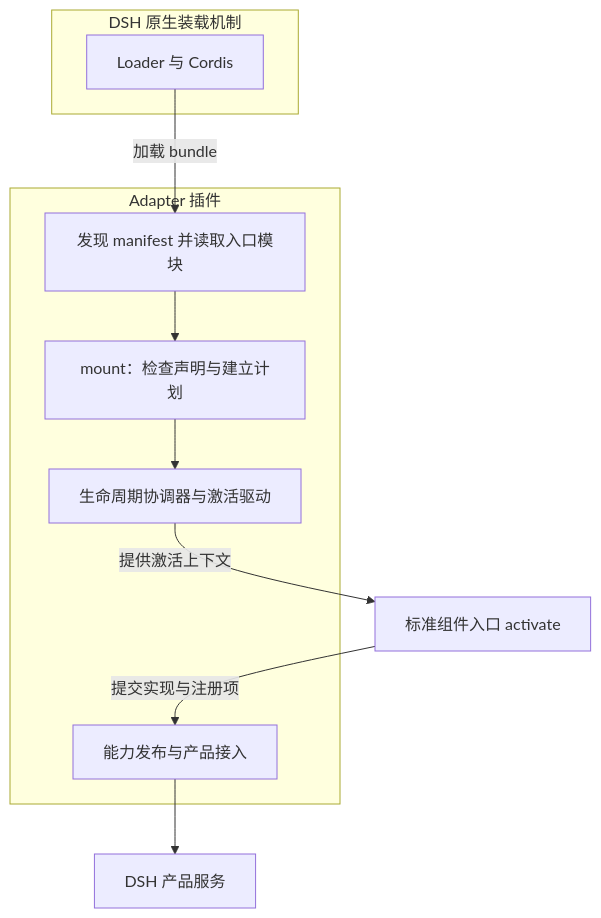
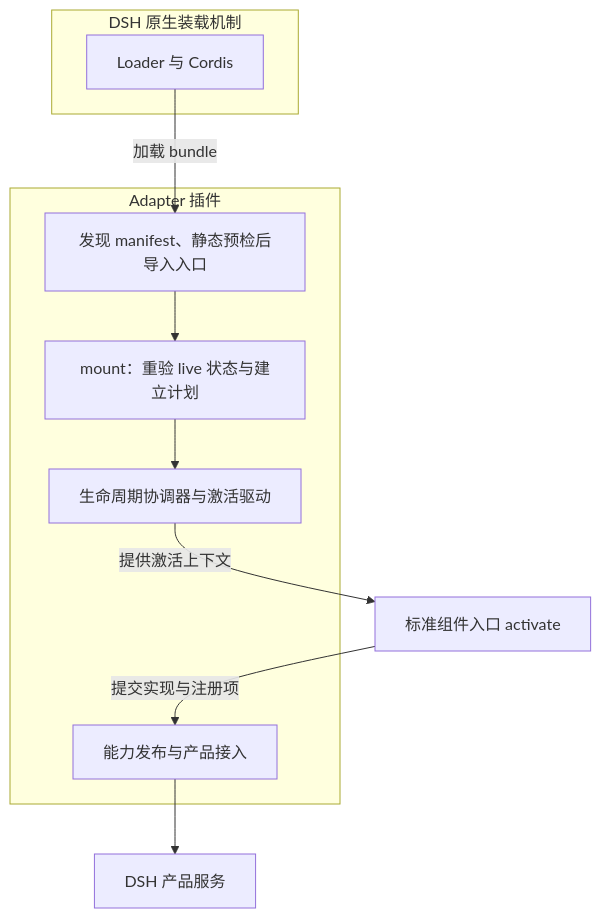
Before and after one commit to T-Auto/dsh-std: the diagram in docs/proposals/adapter-dsh-reference.zh.md, drawn with Mermaid. The commit also changed other lines of this file and 5 other files, not shown here.

````diff
--- a/docs/proposals/adapter-dsh-reference.zh.md
+++ b/docs/proposals/adapter-dsh-reference.zh.md
@@ -20,20 +22,20 @@
 ```mermaid
 flowchart TB
     subgraph Core["DSH 原生装载机制"]
         Loader["Loader 与 Cordis"]
     end
     subgraph Plugin["Adapter 插件"]
-        Discover["发现 manifest 并读取入口模块"]
-        Mount["mount：检查声明与建立计划"]
+        Discover["发现 manifest、静态预检后导入入口"]
+        Mount["mount：重验 live 状态与建立计划"]
         Lifecycle["生命周期协调器与激活驱动"]
         Map["能力发布与产品接入"]
     end
     Component["标准组件入口 activate"]
     Services["DSH 产品服务"]
     Loader -->|加载 bundle| Discover
     Discover --> Mount
     Mount --> Lifecycle
     Lifecycle -->|提供激活上下文| Component
     Component -->|提交实现与注册项| Map
     Map --> Services
 ```
````
